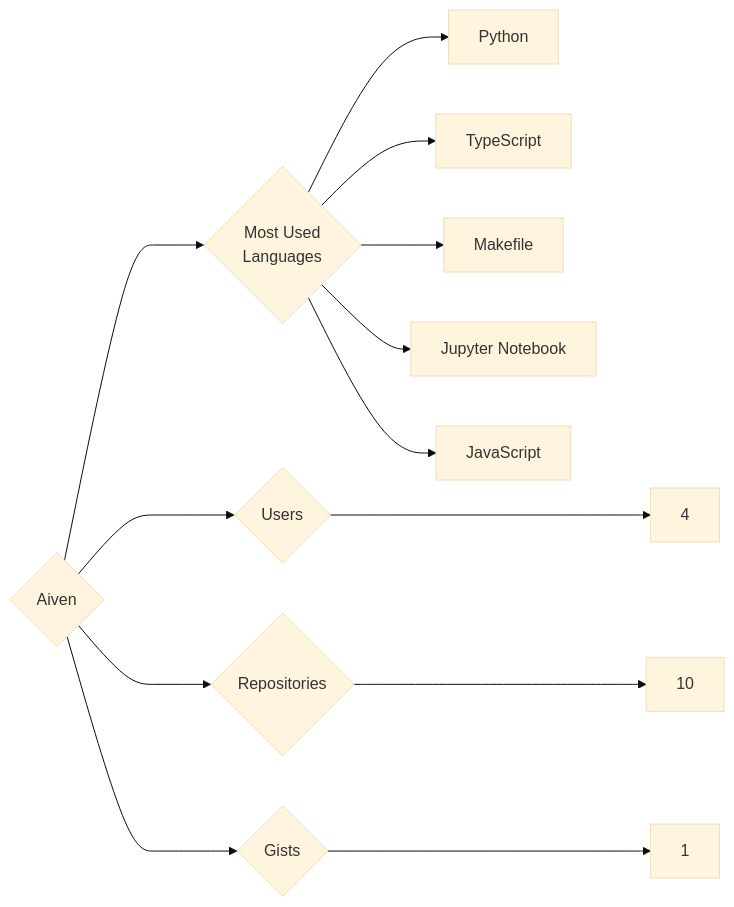
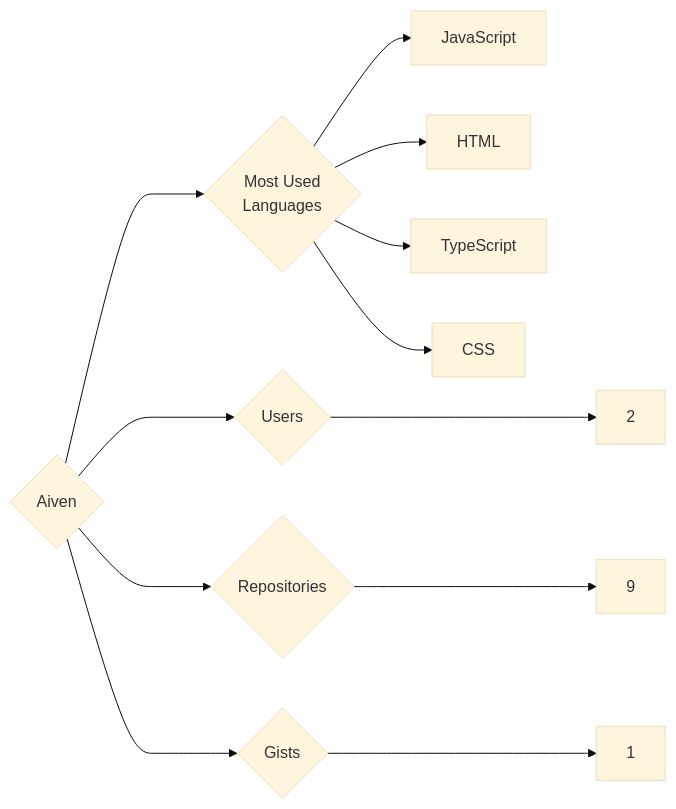
One commit to trickest/insiders changed the diagram in targets/Aiven/README.md. Above: the diagram before and after it, drawn with Mermaid (base theme). The commit also changed 1212 other files, not shown here.

````diff
--- a/targets/Aiven/README.md
+++ b/targets/Aiven/README.md
@@ -3,13 +3,12 @@
 ```mermaid
 graph LR
 COMPANY_NAME{Aiven}
-COMPANY_NAME ---> U{Users} ---> UN[4]
-COMPANY_NAME ---> R{Repositories} ---> RN[10]
+COMPANY_NAME ---> U{Users} ---> UN[2]
+COMPANY_NAME ---> R{Repositories} ---> RN[9]
 COMPANY_NAME ---> G{Gists} ---> GN[1]
 COMPANY_NAME ---> ML{Most Used<br>Languages}
-ML --> Python[Python]
+ML --> JavaScript[JavaScript]
+ML --> HTML[HTML]
 ML --> TypeScript[TypeScript]
-ML --> Makefile[Makefile]
-ML --> Jupyter_Notebook[Jupyter Notebook]
-ML --> JavaScript[JavaScript]
+ML --> CSS[CSS]
 ```
````
